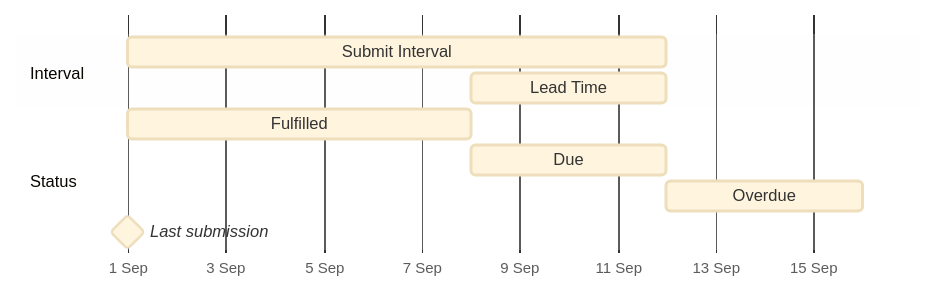
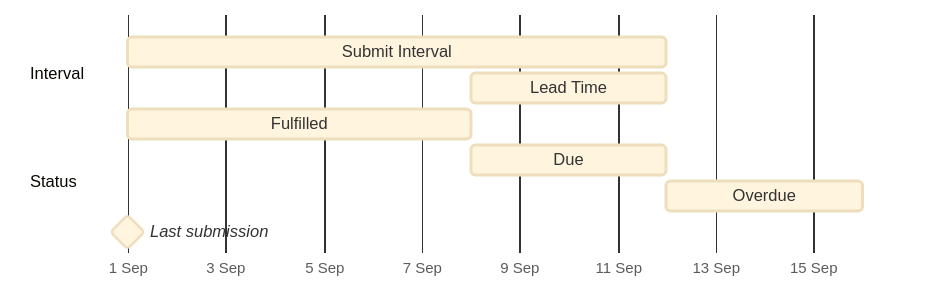
Before and after one commit to opus-safety/opus-knowledge-base: the second of 2 diagrams in docs/drafts/intervals-and-lead-times.md, drawn with Mermaid.

Commit message:
Update intervals and lead times
Published via More Buttons Chrome Extension

````diff
--- a/docs/drafts/intervals-and-lead-times.md
+++ b/docs/drafts/intervals-and-lead-times.md
@@ -50,21 +50,25 @@
 ```mermaid
 ---
 config:
   theme: base
   gantt:
     useWidth: 640
-  themeCSS: "[id$='-i']{fill:#9ca3af26 !important;stroke:#7d8590 !important;stroke-width:2px;}[id$='-l']{fill:#7d859026 !important;stroke:#57606a !important;stroke-width:2px;}[id$='-s']{fill:#22c55e26 !important;stroke:#16a34a !important;stroke-width:2px;}[id$='-d']{fill:#f59e0b26 !important;stroke:#d97706 !important;stroke-width:2px;}[id$='-o']{fill:#ef444426 !important;stroke:#dc2626 !important;stroke-width:2px;}[id$='-m1']{fill:#57606a !important;stroke:#374151 !important;}.grid .tick line{stroke:none !important;}.grid .tick:first-of-type line{stroke:#9ca3af !important;}.grid .tick text{display:none;}.sectionTitle{display:none;}"
+  themeVariables:
+    sectionBkgColor: transparent
+    altSectionBkgColor: transparent
+    sectionBkgColor2: transparent
+  themeCSS: "[id$='-i']{fill:#9ca3af26 !important;stroke:#7d8590 !important;stroke-width:2px;}[id$='-l']{fill:#7d859026 !important;stroke:#57606a !important;stroke-width:2px;}[id$='-s']{fill:#22c55e26 !important;stroke:#16a34a !important;stroke-width:2px;}[id$='-d']{fill:#f59e0b26 !important;stroke:#d97706 !important;stroke-width:2px;}[id$='-o']{fill:#ef444426 !important;stroke:#dc2626 !important;stroke-width:2px;}[id$='-m1']{fill:#57606a !important;stroke:#374151 !important;}.grid .tick line{stroke:none !important;}.grid .tick:first-of-type line{stroke:#9ca3af !important;}.grid .tick text{display:none;}.sectionTitle{display:none;}rect.section{fill:transparent !important;}"
 ---
 gantt
   dateFormat YYYY-MM-DD
   axisFormat %e %b
   todayMarker off
   section Interval
     Submit Interval : i, 2026-09-01, 11d
     Lead Time : l, 2026-09-08, 4d
   section Status
     Fulfilled : s, 2026-09-01, 7d
     Due : d, 2026-09-08, 4d
     Overdue : o, 2026-09-12, 4d
     Last submission : milestone, m1, 2026-09-01, 0d
 ```
````
